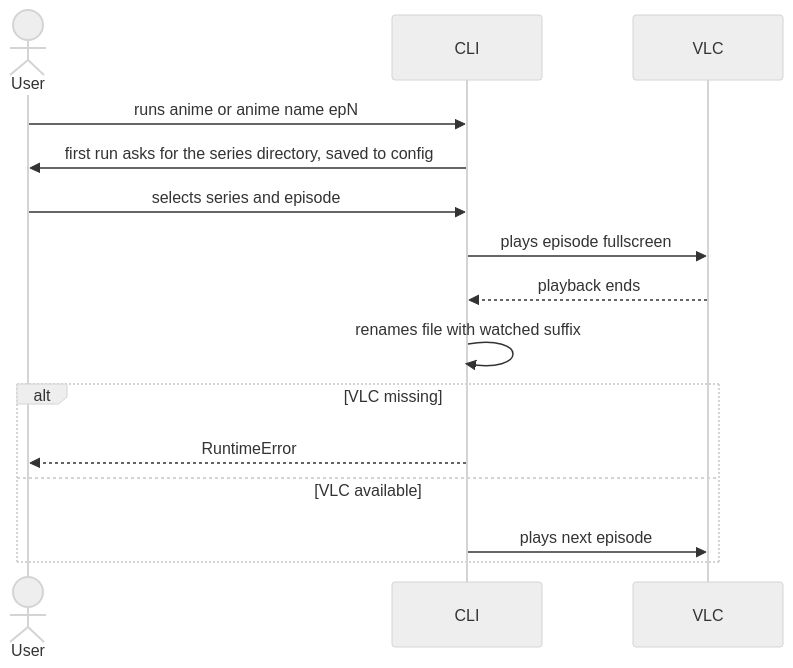
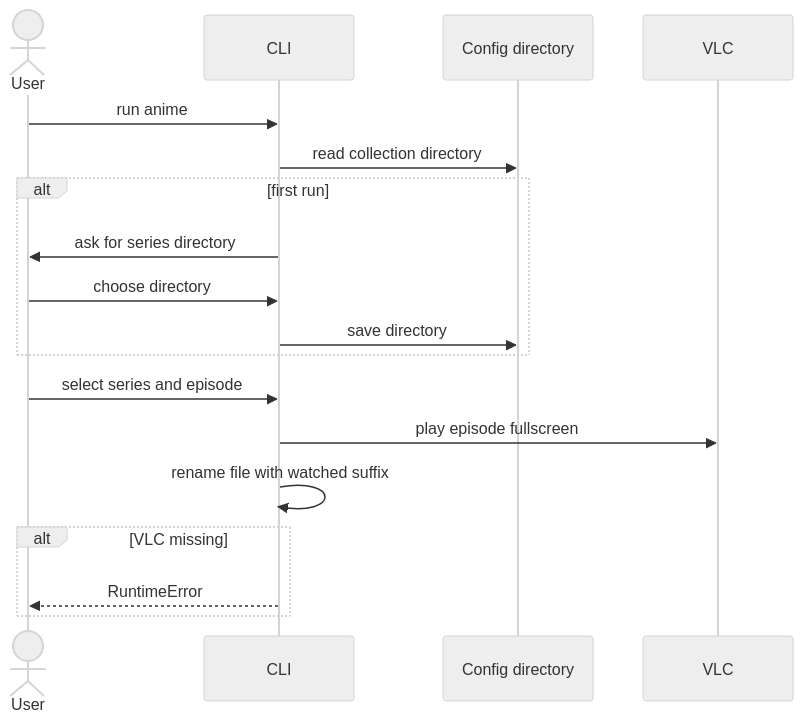
One commit to jeff841/anime-cli changed the first of 2 diagrams in .n45/docs/diagrams/flows.md. Above: the diagram before and after it, drawn with Mermaid. The commit also changed other lines of this file and 19 other files, not shown here.

Commit message:
chore(n45): close roadmap feat-0001-configurable-server-url

````diff
--- a/.n45/docs/diagrams/flows.md
+++ b/.n45/docs/diagrams/flows.md
@@ -9,18 +9,21 @@
 ```mermaid
 %%{init: {'theme': 'neutral'} }%%
 sequenceDiagram
   actor U as User
   participant C as CLI
+  participant D as Config directory
   participant V as VLC
-  U->>C: runs anime or anime name epN
-  C->>U: first run asks for the series directory, saved to config
-  U->>C: selects series and episode
-  C->>V: plays episode fullscreen
-  V-->>C: playback ends
-  C->>C: renames file with watched suffix
+  U->>C: run anime
+  C->>D: read collection directory
+  alt first run
+    C->>U: ask for series directory
+    U->>C: choose directory
+    C->>D: save directory
+  end
+  U->>C: select series and episode
+  C->>V: play episode fullscreen
+  C->>C: rename file with watched suffix
   alt VLC missing
     C-->>U: RuntimeError
-  else VLC available
-    C->>V: plays next episode
   end
 ```
````
